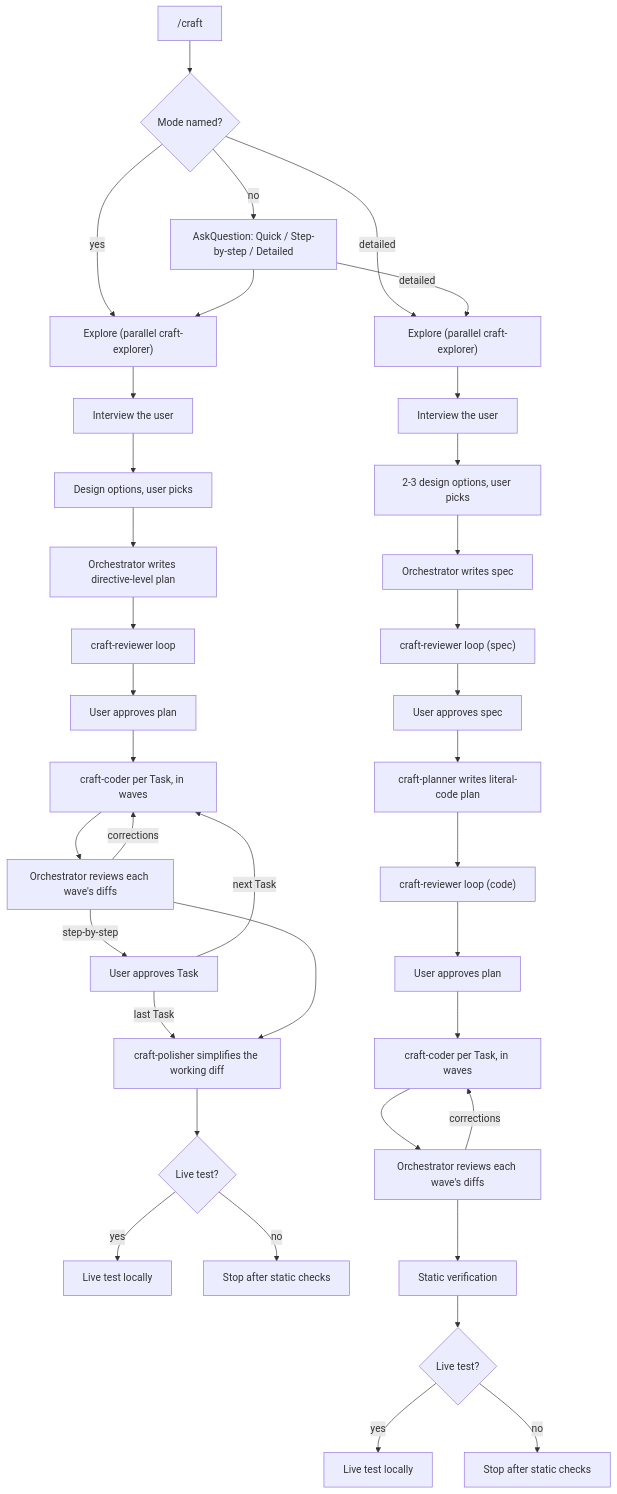
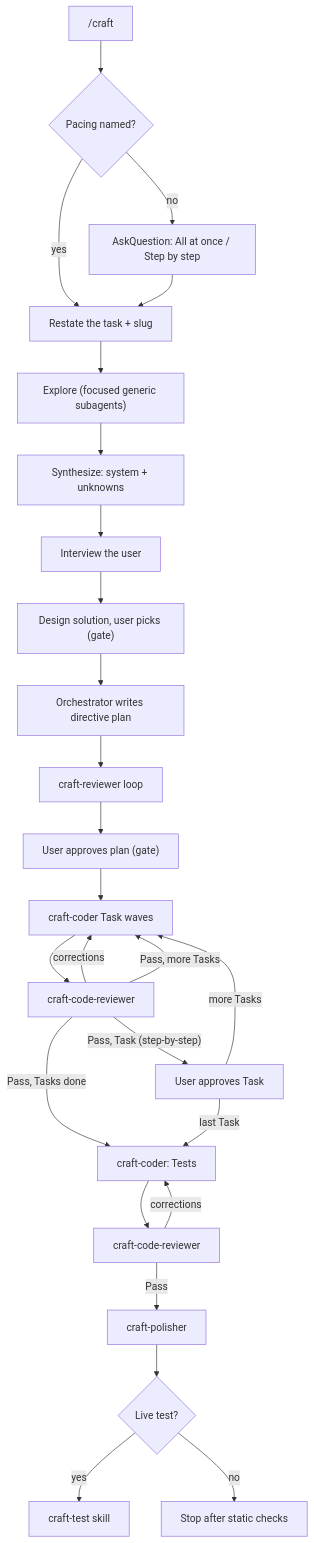
The diagram in README.md (AidenHadisi/craft), drawn with Mermaid before and after one commit. The commit also changed other lines of this file and 20 other files, not shown here.

First line of the commit message:
refactor: streamline craft guidance and review waves

````diff
--- a/README.md
+++ b/README.md
@@ -44,40 +38,28 @@
 ```mermaid
 flowchart TD
-    start["/craft"] --> mode{"Mode named?"}
-    mode -->|no| ask["AskQuestion: Quick / Step-by-step / Detailed"]
-    mode -->|yes| qexplore["Explore (parallel craft-explorer)"]
-    ask --> qexplore
-    qexplore --> qinterview["Interview the user"]
-    qinterview --> qdesigns["Design options, user picks"]
-    qdesigns --> qplan["Orchestrator writes directive-level plan"]
-    qplan --> qplanrev["craft-reviewer loop"]
-    qplanrev --> qgate["User approves plan"]
-    qgate --> qbuild["craft-coder per Task, in waves"]
-    qbuild --> qreview["Orchestrator reviews each wave's diffs"]
-    qreview -->|corrections| qbuild
-    qreview -->|step-by-step| sgate["User approves Task"]
-    sgate -->|next Task| qbuild
-    sgate -->|last Task| qpolish
-    qreview --> qpolish["craft-polisher simplifies the working diff"]
-    qpolish --> qask{"Live test?"}
-    qask -->|yes| qverify["Live test locally"]
-    qask -->|no| qstop["Stop after static checks"]
-
-    mode -->|detailed| dexplore["Explore (parallel craft-explorer)"]
-    ask -->|detailed| dexplore
-    dexplore --> interview["Interview the user"]
-    interview --> designs["2-3 design options, user picks"]
-    designs --> spec["Orchestrator writes spec"]
-    spec --> specrev["craft-reviewer loop (spec)"]
-    specrev --> specgate["User approves spec"]
-    specgate --> planner["craft-planner writes literal-code plan"]
-    planner --> coderev["craft-reviewer loop (code)"]
-    coderev --> plangate["User approves plan"]
-    plangate --> dbuild["craft-coder per Task, in waves"]
-    dbuild --> dreview["Orchestrator reviews each wave's diffs"]
-    dreview -->|corrections| dbuild
-    dreview --> dverify["Static verification"]
-    dverify --> dask{"Live test?"}
-    dask -->|yes| dlive["Live test locally"]
-    dask -->|no| dstop["Stop after static checks"]
+    start["/craft"] --> pacing{"Pacing named?"}
+    pacing -->|no| ask["AskQuestion: All at once / Step by step"]
+    pacing -->|yes| restate["Restate the task + slug"]
+    ask --> restate
+    restate --> explore["Explore (focused generic subagents)"]
+    explore --> synthesize["Synthesize: system + unknowns"]
+    synthesize --> interview["Interview the user"]
+    interview --> designs["Design solution, user picks (gate)"]
+    designs --> plan["Orchestrator writes directive plan"]
+    plan --> planrev["craft-reviewer loop"]
+    planrev --> gate["User approves plan (gate)"]
+    gate --> build["craft-coder Task waves"]
+    build --> review["craft-code-reviewer"]
+    review -->|corrections| build
+    review -->|"Pass, more Tasks"| build
+    review -->|"Pass, Task (step-by-step)"| taskgate["User approves Task"]
+    taskgate -->|more Tasks| build
+    review -->|"Pass, Tasks done"| tests["craft-coder: Tests"]
+    taskgate -->|last Task| tests
+    tests --> testreview["craft-code-reviewer"]
+    testreview -->|corrections| tests
+    testreview -->|Pass| polish["craft-polisher"]
+    polish --> live{"Live test?"}
+    live -->|yes| test["craft-test skill"]
+    live -->|no| stop["Stop after static checks"]
 ```
````
